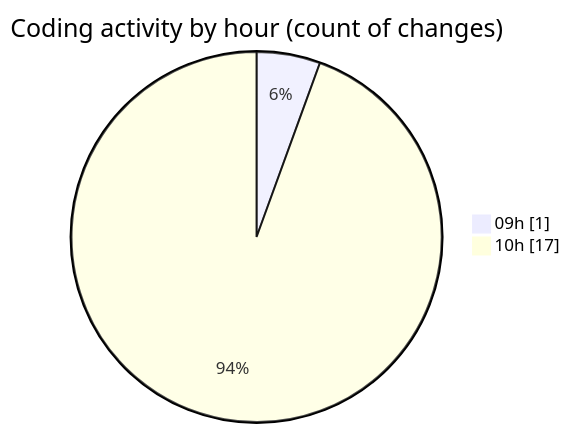
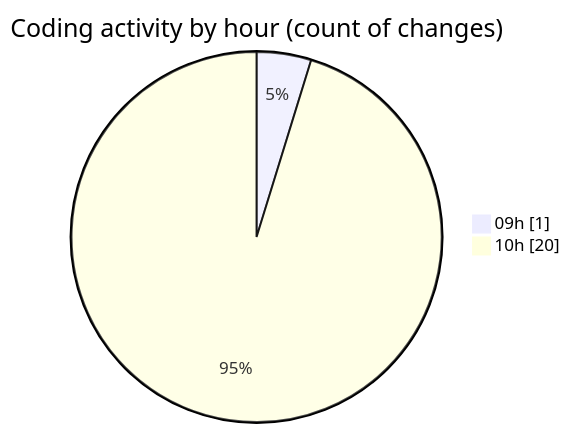
One commit to julien-gomy/code-tracking changed the second of 2 diagrams in 2025-11-17/eventscop-frontend-guide__workspace_/README.md. Above: the diagram before and after it, drawn with Mermaid. The commit also changed other lines of this file and 1 other file, not shown here.

````diff
--- a/2025-11-17/eventscop-frontend-guide__workspace_/README.md
+++ b/2025-11-17/eventscop-frontend-guide__workspace_/README.md
@@ -34,6 +37,6 @@
 ```mermaid
 pie showData
 title Coding activity by hour (count of changes)
 "09h" : 1
-"10h" : 17
+"10h" : 20
 ```
````
